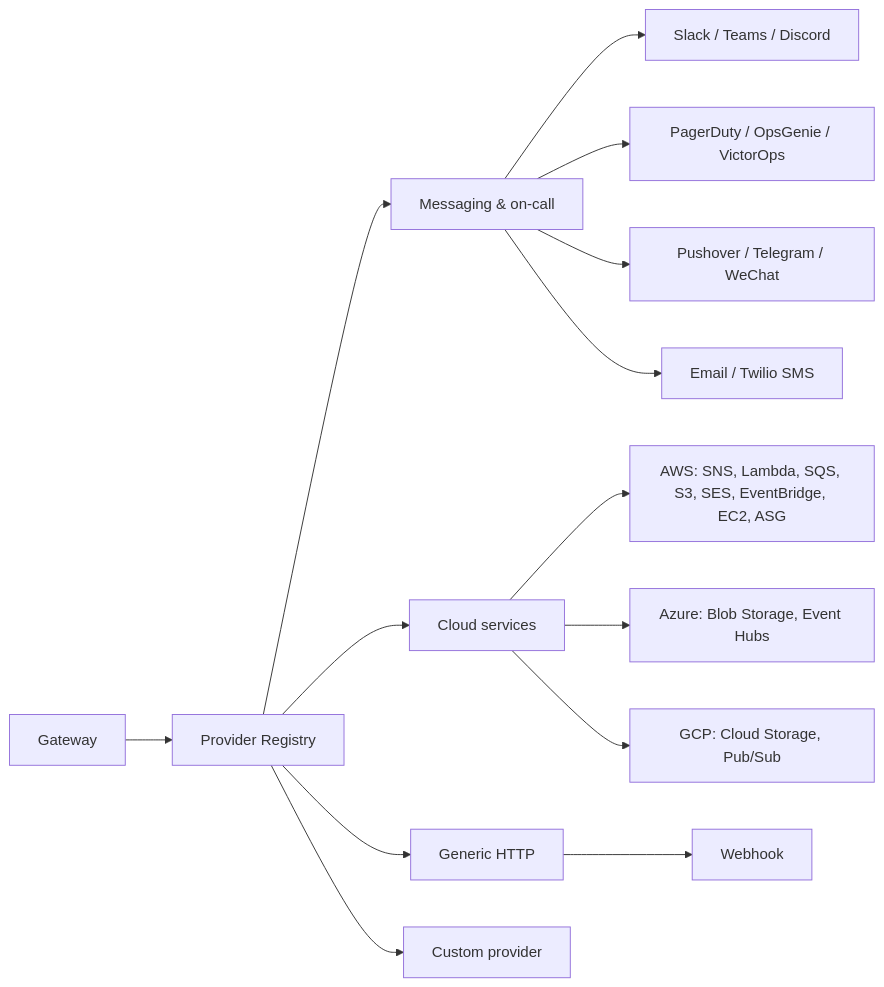
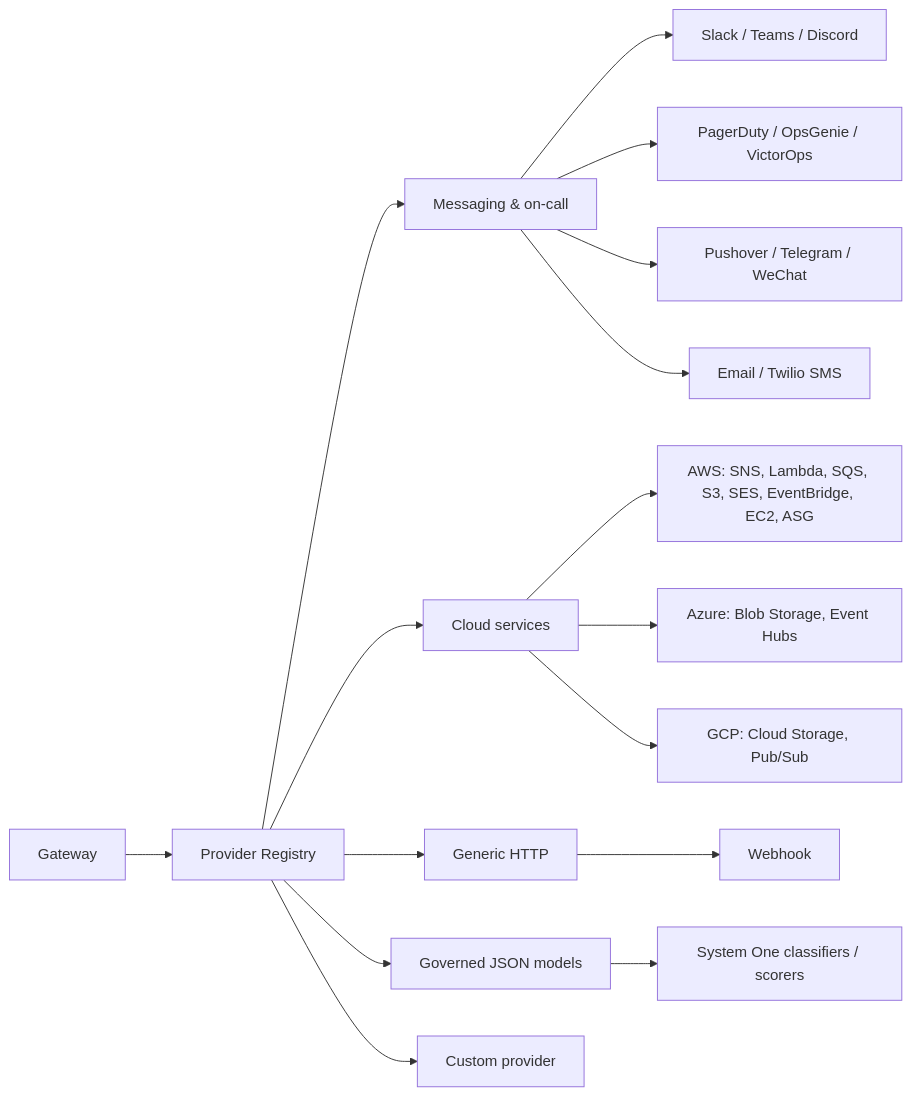
One commit to penserai/acteon changed the diagram in docs/book/concepts/providers.md. Above: the diagram before and after it, drawn with Mermaid. The commit also changed other lines of this file and 14 other files, not shown here.

````diff
--- a/docs/book/concepts/providers.md
+++ b/docs/book/concepts/providers.md
@@ -7,16 +7,18 @@
 ```mermaid
 flowchart LR
     G[Gateway] --> R[Provider Registry]
     R --> M[Messaging & on-call]
     R --> C[Cloud services]
     R --> GEN[Generic HTTP]
+    R --> AI[Governed JSON models]
     R --> CUST[Custom provider]
     M --> M1[Slack / Teams / Discord]
     M --> M2[PagerDuty / OpsGenie / VictorOps]
     M --> M3[Pushover / Telegram / WeChat]
     M --> M4[Email / Twilio SMS]
     C --> C1[AWS: SNS, Lambda, SQS, S3, SES, EventBridge, EC2, ASG]
     C --> C2[Azure: Blob Storage, Event Hubs]
     C --> C3[GCP: Cloud Storage, Pub/Sub]
     GEN --> GEN1[Webhook]
+    AI --> AI1[System One classifiers / scorers]
 ```
````
